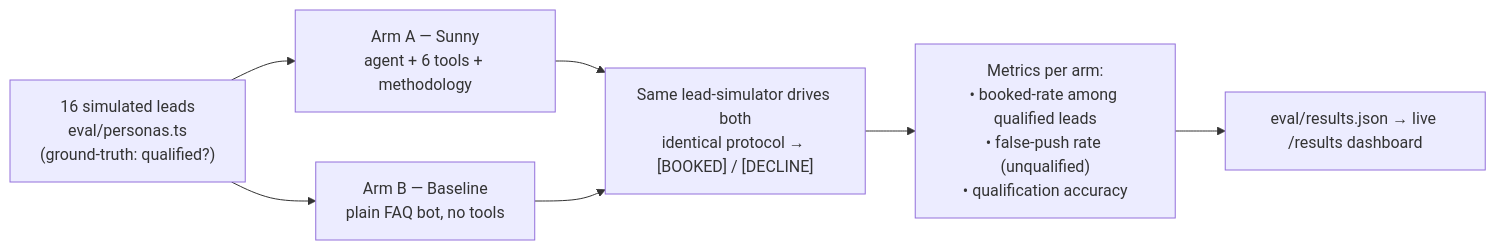
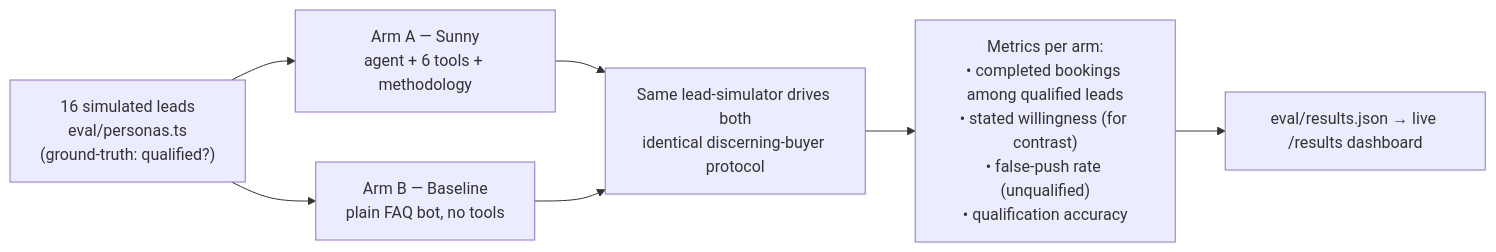
The eighth of 8 diagrams in README.md (SaudSatopay/sunpath-solar), drawn with Mermaid before and after one commit. The commit also changed other lines of this file and 2 other files, not shown here.

````diff
--- a/README.md
+++ b/README.md
@@ -296,10 +296,10 @@
 ```mermaid
 flowchart LR
     P["16 simulated leads<br/>eval/personas.ts<br/>(ground-truth: qualified?)"]
     P --> AG["Arm A — Sunny<br/>agent + 6 tools + methodology"]
     P --> BL["Arm B — Baseline<br/>plain FAQ bot, no tools"]
-    AG --> CV["Same lead-simulator drives both<br/>identical protocol → [BOOKED] / [DECLINE]"]
+    AG --> CV["Same lead-simulator drives both<br/>identical discerning-buyer protocol"]
     BL --> CV
-    CV --> MET["Metrics per arm:<br/>• booked-rate among qualified leads<br/>• false-push rate (unqualified)<br/>• qualification accuracy"]
+    CV --> MET["Metrics per arm:<br/>• completed bookings among qualified leads<br/>• stated willingness (for contrast)<br/>• false-push rate (unqualified)<br/>• qualification accuracy"]
     MET --> OUT["eval/results.json → live /results dashboard"]
 ```
````
